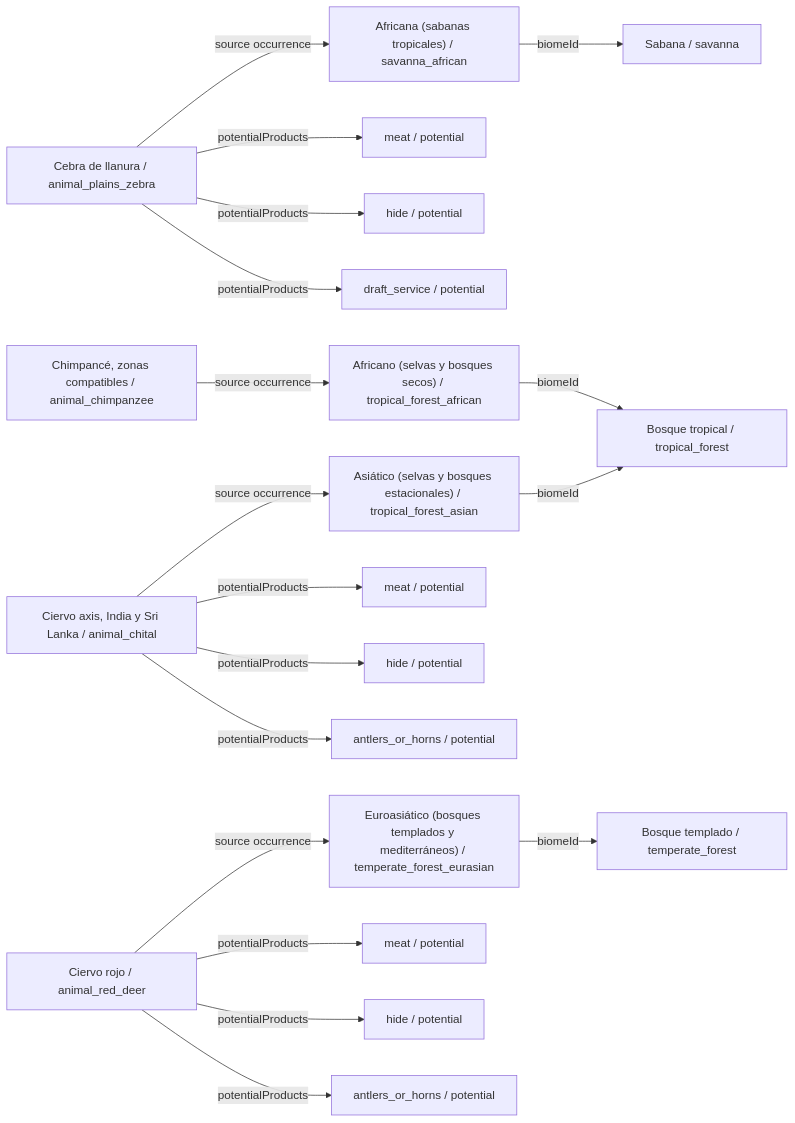
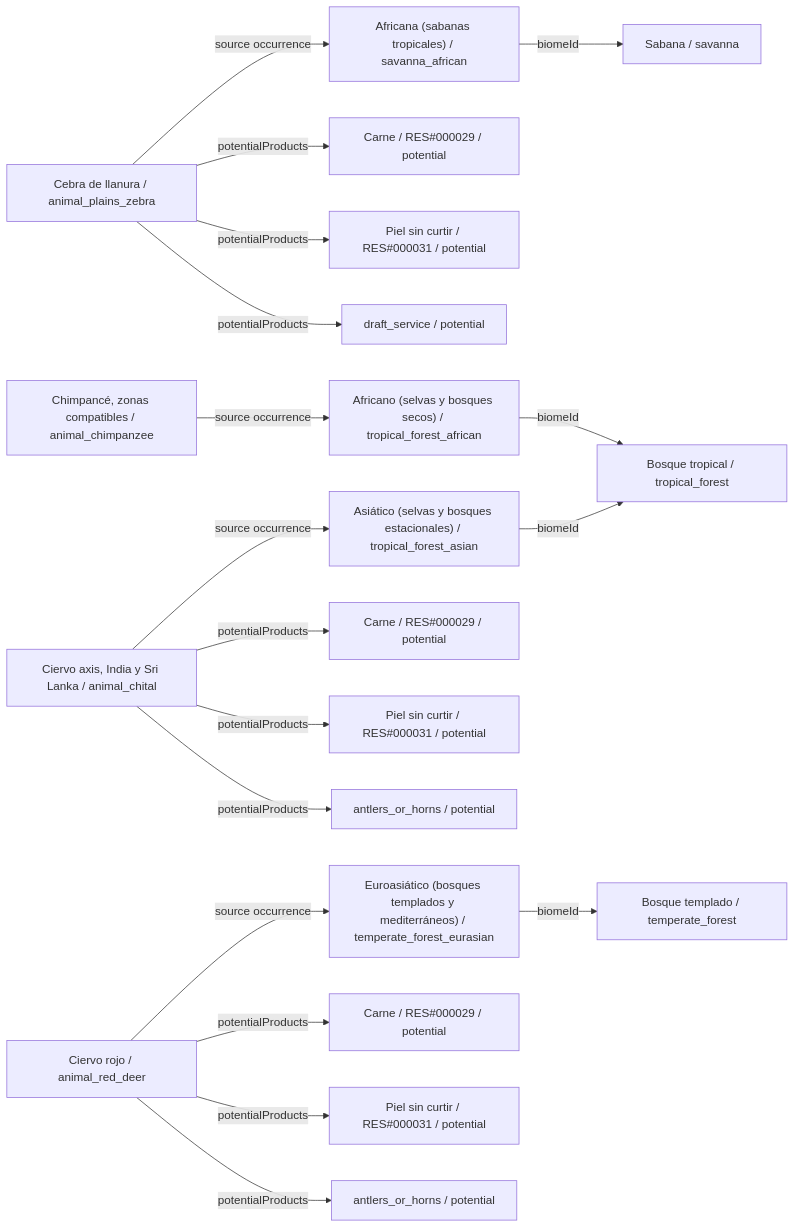
The eighth of 34 diagrams in data/animals/DIAGRAMS.es.md (fgabo404/EvolveDoc), drawn with Mermaid before and after one commit. The commit also changed other lines of this file and 50 other files, not shown here.

````diff
--- a/data/animals/DIAGRAMS.es.md
+++ b/data/animals/DIAGRAMS.es.md
@@ -455,40 +455,40 @@
 ```mermaid
 flowchart LR
     c0["Cebra de llanura / animal_plains_zebra"]
     v11["Africana (sabanas tropicales) / savanna_african"]
     b3["Sabana / savanna"]
-    o0_0["meat / potential"]
-    o0_1["hide / potential"]
+    o0_0["Carne / RES#000029 / potential"]
+    o0_1["Piel sin curtir / RES#000031 / potential"]
     o0_2["draft_service / potential"]
     c1["Chimpancé, zonas compatibles / animal_chimpanzee"]
     v1["Africano (selvas y bosques secos) / tropical_forest_african"]
     b0["Bosque tropical / tropical_forest"]
     c2["Ciervo axis, India y Sri Lanka / animal_chital"]
     v2["Asiático (selvas y bosques estacionales) / tropical_forest_asian"]
-    o2_0["meat / potential"]
-    o2_1["hide / potential"]
+    o2_0["Carne / RES#000029 / potential"]
+    o2_1["Piel sin curtir / RES#000031 / potential"]
     o2_2["antlers_or_horns / potential"]
     c3["Ciervo rojo / animal_red_deer"]
     v4["Euroasiático (bosques templados y mediterráneos) / temperate_forest_eurasian"]
     b1["Bosque templado / temperate_forest"]
-    o3_0["meat / potential"]
-    o3_1["hide / potential"]
+    o3_0["Carne / RES#000029 / potential"]
+    o3_1["Piel sin curtir / RES#000031 / potential"]
     o3_2["antlers_or_horns / potential"]
     c0 -->|potentialProducts| o0_0
     c0 -->|potentialProducts| o0_1
     c0 -->|potentialProducts| o0_2
     c0 -->|source occurrence| v11
     c1 -->|source occurrence| v1
     c2 -->|potentialProducts| o2_0
     c2 -->|potentialProducts| o2_1
     c2 -->|potentialProducts| o2_2
     c2 -->|source occurrence| v2
     c3 -->|potentialProducts| o3_0
     c3 -->|potentialProducts| o3_1
     c3 -->|potentialProducts| o3_2
     c3 -->|source occurrence| v4
     v1 -->|biomeId| b0
     v11 -->|biomeId| b3
     v2 -->|biomeId| b0
     v4 -->|biomeId| b1
 ```
````
